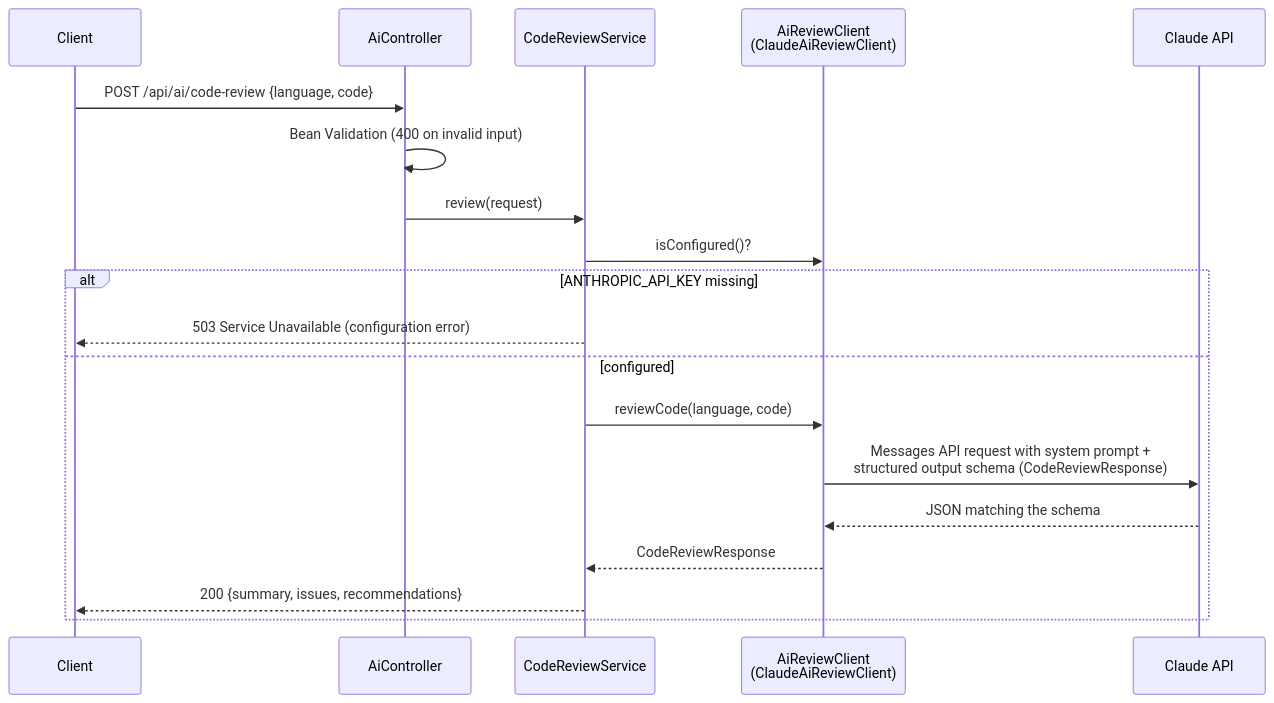
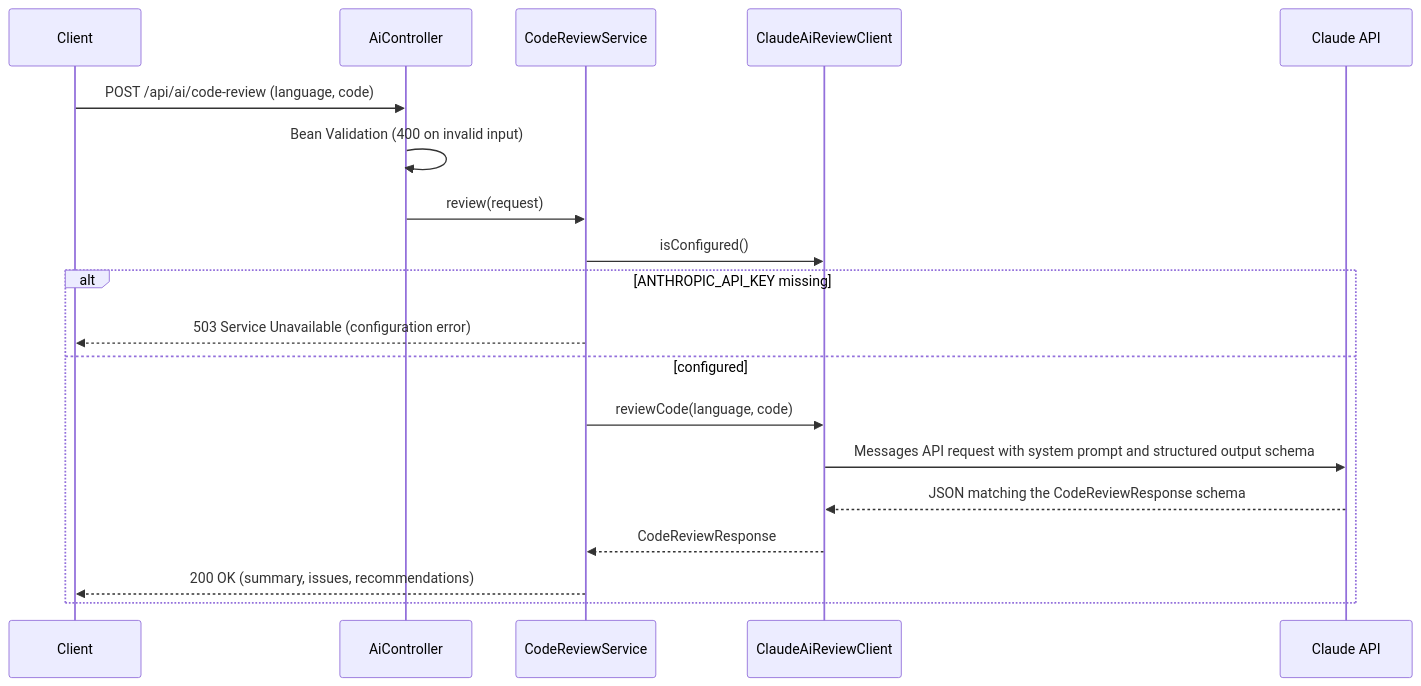
One commit to prakashreddy975/ai-agent-powered-backend-service-platform changed the third of 3 diagrams in README.md. Above: the diagram before and after it, drawn with Mermaid. The commit also changed other lines of this file, not shown here.

First line of the commit message:
Fix Mermaid diagram syntax in README

````diff
--- a/README.md
+++ b/README.md
@@ -180,22 +180,22 @@
 ```mermaid
 sequenceDiagram
     participant C as Client
     participant AC as AiController
     participant S as CodeReviewService
-    participant RC as AiReviewClient<br/>(ClaudeAiReviewClient)
+    participant RC as ClaudeAiReviewClient
     participant API as Claude API
 
-    C->>AC: POST /api/ai/code-review {language, code}
+    C->>AC: POST /api/ai/code-review (language, code)
     AC->>AC: Bean Validation (400 on invalid input)
     AC->>S: review(request)
-    S->>RC: isConfigured()?
+    S->>RC: isConfigured()
     alt ANTHROPIC_API_KEY missing
         S-->>C: 503 Service Unavailable (configuration error)
     else configured
         S->>RC: reviewCode(language, code)
-        RC->>API: Messages API request with system prompt +<br/>structured output schema (CodeReviewResponse)
-        API-->>RC: JSON matching the schema
+        RC->>API: Messages API request with system prompt and structured output schema
+        API-->>RC: JSON matching the CodeReviewResponse schema
         RC-->>S: CodeReviewResponse
-        S-->>C: 200 {summary, issues, recommendations}
+        S-->>C: 200 OK (summary, issues, recommendations)
     end
 ```
````
